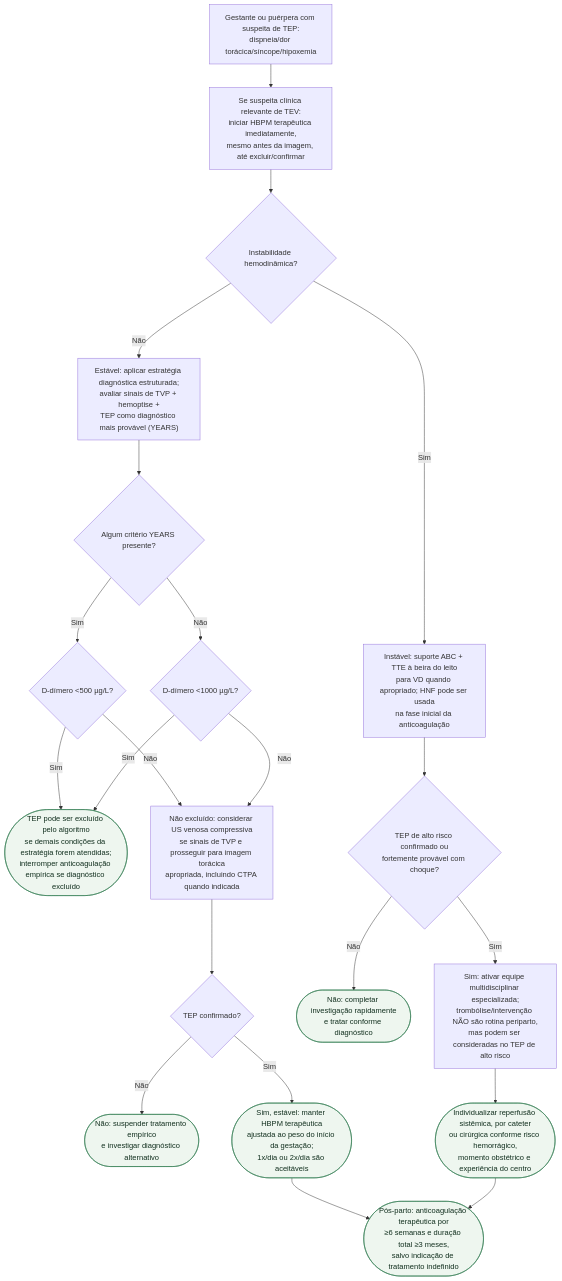
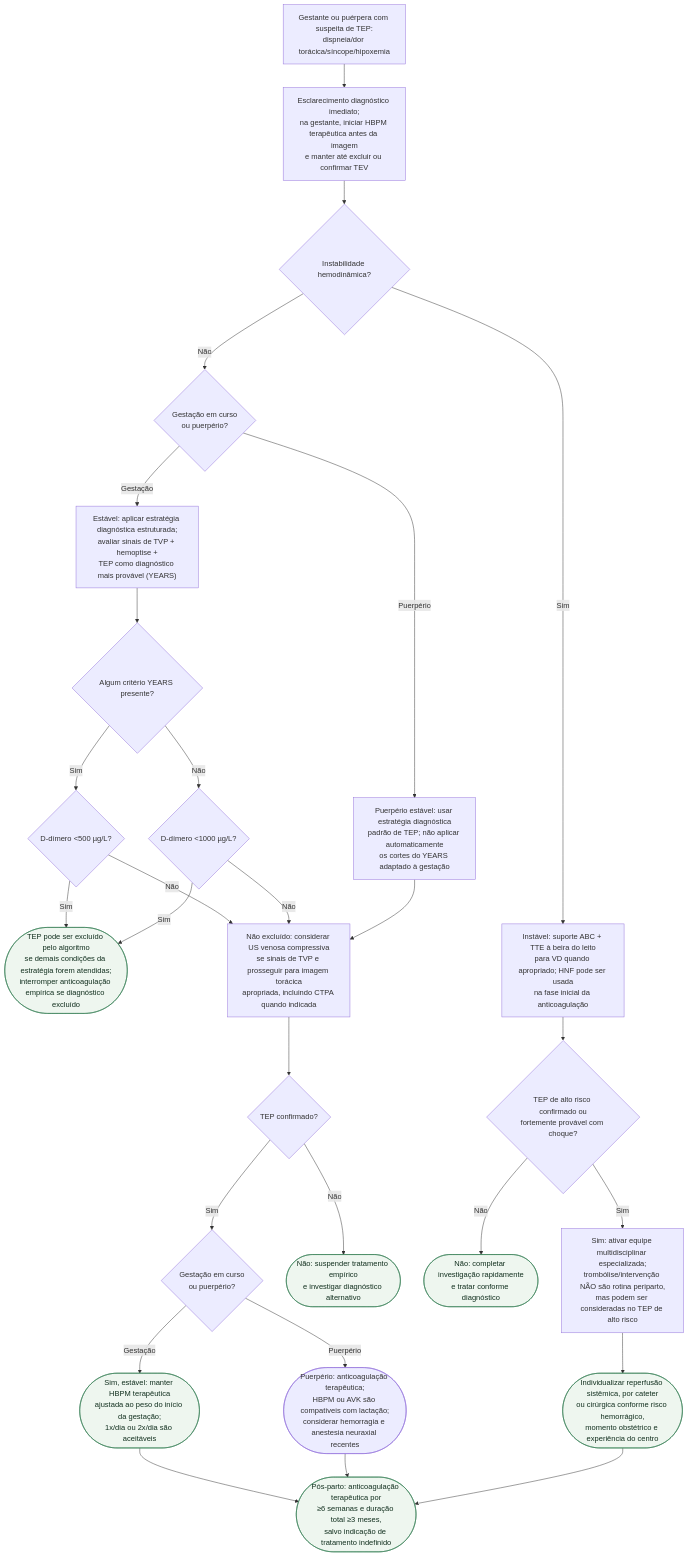
Before and after one commit to rafaelpaesmeirelles/MeuCardio: the diagram in content/Gravidez/fluxograma-tromboembolismo-pulmonar-agudo-na-gestacao-e-puerperio-esc-2025.md, drawn with Mermaid. The commit also changed other lines of this file and 22 other files, not shown here.

````diff
--- a/content/Gravidez/fluxograma-tromboembolismo-pulmonar-agudo-na-gestacao-e-puerperio-esc-2025.md
+++ b/content/Gravidez/fluxograma-tromboembolismo-pulmonar-agudo-na-gestacao-e-puerperio-esc-2025.md
@@ -13,45 +14,55 @@
 ```mermaid
 flowchart TD
   R0["Gestante ou puérpera com suspeita de TEP:<br/>dispneia/dor torácica/síncope/hipoxemia"]
-  P0["Se suspeita clínica relevante de TEV:<br/>iniciar HBPM terapêutica imediatamente,<br/>mesmo antes da imagem, até excluir/confirmar"]
+  P0["Esclarecimento diagnóstico imediato;<br/>na gestante, iniciar HBPM terapêutica antes da imagem<br/>e manter até excluir ou confirmar TEV"]
   D1{"Instabilidade hemodinâmica?"}
+  D0{"Gestação em curso<br/>ou puerpério?"}
   P1["Estável: aplicar estratégia diagnóstica estruturada;<br/>avaliar sinais de TVP + hemoptise +<br/>TEP como diagnóstico mais provável (YEARS)"]
+  P5["Puerpério estável: usar estratégia diagnóstica<br/>padrão de TEP; não aplicar automaticamente<br/>os cortes do YEARS adaptado à gestação"]
   D2{"Algum critério YEARS presente?"}
   D3{"D-dímero <500 µg/L?"}
   D4{"D-dímero <1000 µg/L?"}
   C1(["TEP pode ser excluído pelo algoritmo<br/>se demais condições da estratégia forem atendidas;<br/>interromper anticoagulação empírica se diagnóstico excluído"])
   P2["Não excluído: considerar US venosa compressiva<br/>se sinais de TVP e prosseguir para imagem torácica<br/>apropriada, incluindo CTPA quando indicada"]
   D5{"TEP confirmado?"}
+  D7{"Gestação em curso<br/>ou puerpério?"}
   C2(["Não: suspender tratamento empírico<br/>e investigar diagnóstico alternativo"])
   C3(["Sim, estável: manter HBPM terapêutica<br/>ajustada ao peso do início da gestação;<br/>1x/dia ou 2x/dia são aceitáveis"])
+  C7(["Puerpério: anticoagulação terapêutica;<br/>HBPM ou AVK são compatíveis com lactação;<br/>considerar hemorragia e anestesia neuraxial recentes"])
   P3["Instável: suporte ABC + TTE à beira do leito<br/>para VD quando apropriado; HNF pode ser usada<br/>na fase inicial da anticoagulação"]
   D6{"TEP de alto risco confirmado ou<br/>fortemente provável com choque?"}
   C4(["Não: completar investigação rapidamente<br/>e tratar conforme diagnóstico"])
   P4["Sim: ativar equipe multidisciplinar especializada;<br/>trombólise/intervenção NÃO são rotina periparto,<br/>mas podem ser consideradas no TEP de alto risco"]
   C5(["Individualizar reperfusão sistêmica, por cateter<br/>ou cirúrgica conforme risco hemorrágico,<br/>momento obstétrico e experiência do centro"])
   C6(["Pós-parto: anticoagulação terapêutica por<br/>≥6 semanas e duração total ≥3 meses,<br/>salvo indicação de tratamento indefinido"])
 
   R0 --> P0
   P0 --> D1
-  D1 -->|"Não"| P1
+  D1 -->|"Não"| D0
   D1 -->|"Sim"| P3
+  D0 -->|"Gestação"| P1
+  D0 -->|"Puerpério"| P5
   P1 --> D2
   D2 -->|"Sim"| D3
   D2 -->|"Não"| D4
   D3 -->|"Sim"| C1
   D3 -->|"Não"| P2
   D4 -->|"Sim"| C1
   D4 -->|"Não"| P2
+  P5 --> P2
   P2 --> D5
   D5 -->|"Não"| C2
-  D5 -->|"Sim"| C3
+  D5 -->|"Sim"| D7
+  D7 -->|"Gestação"| C3
+  D7 -->|"Puerpério"| C7
   P3 --> D6
   D6 -->|"Não"| C4
   D6 -->|"Sim"| P4
   P4 --> C5
   C3 --> C6
+  C7 --> C6
   C5 --> C6
 
   classDef conduta fill:#eef6ef,stroke:#2f7a4f,color:#12301f;
   class C1,C2,C3,C4,C5,C6 conduta;
 ```
````
